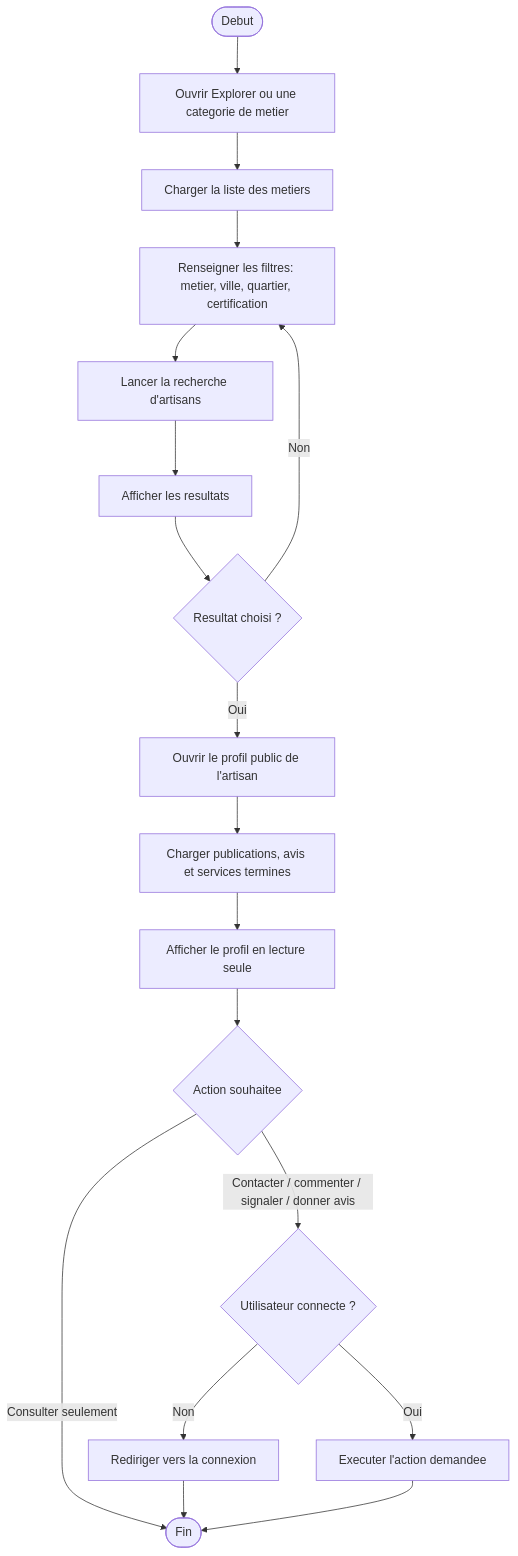
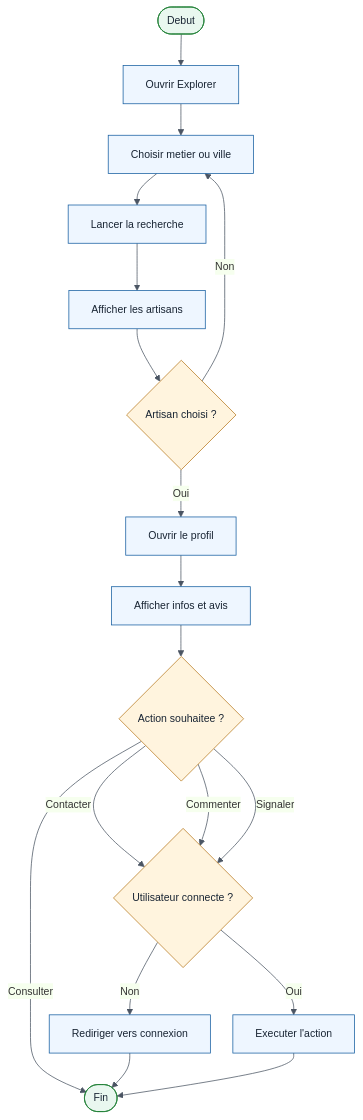
The fourth of 12 diagrams in UML/diagrammes-activites.md (Exauce13/fya-front-end), drawn with Mermaid before and after one commit. The commit also changed other lines of this file and 104 other files, not shown here.

````diff
--- a/UML/diagrammes-activites.md
+++ b/UML/diagrammes-activites.md
@@ -104,22 +134,31 @@
 ```mermaid
+%%{init: {"theme": "base", "themeVariables": {"fontFamily": "Arial", "fontSize": "14px", "primaryColor": "#EEF6FF", "primaryBorderColor": "#145DA0", "lineColor": "#4B5563", "textColor": "#182433"}, "flowchart": {"curve": "basis", "nodeSpacing": 30, "rankSpacing": 42}}}%%
 flowchart TD
-    A([Debut]) --> B[Ouvrir Explorer ou une categorie de metier]
-    B --> C[Charger la liste des metiers]
-    C --> D[Renseigner les filtres: metier, ville, quartier, certification]
-    D --> E[Lancer la recherche d'artisans]
-    E --> F[Afficher les resultats]
-    F --> G{Resultat choisi ?}
-    G -- Non --> D
-    G -- Oui --> H[Ouvrir le profil public de l'artisan]
+    A([Debut]) --> B[Ouvrir Explorer]
+    B --> C[Choisir metier ou ville]
+    C --> D[Lancer la recherche]
+    D --> E[Afficher les artisans]
+    E --> F{Artisan choisi ?}
 
-    H --> I[Charger publications, avis et services termines]
-    I --> J[Afficher le profil en lecture seule]
-    J --> K{Action souhaitee}
-    K -- Consulter seulement --> Z([Fin])
-    K -- Contacter / commenter / signaler / donner avis --> L{Utilisateur connecte ?}
+    F -- Non --> C
+    F -- Oui --> G[Ouvrir le profil]
+    G --> H[Afficher infos et avis]
+    H --> I{Action souhaitee ?}
 
-    L -- Non --> M[Rediriger vers la connexion]
-    L -- Oui --> N[Executer l'action demandee]
-    M --> Z
-    N --> Z
+    I -- Consulter --> Z([Fin])
+    I -- Contacter --> J{Utilisateur connecte ?}
+    I -- Commenter --> J
+    I -- Signaler --> J
+
+    J -- Non --> K[Rediriger vers connexion]
+    J -- Oui --> L[Executer l'action]
+    K --> Z
+    L --> Z
+
+    classDef start fill:#E9F7EF,stroke:#1E7E34,color:#182433,font-size:14px
+    classDef action fill:#EEF6FF,stroke:#145DA0,color:#182433,font-size:14px
+    classDef decision fill:#FFF4DE,stroke:#B7791F,color:#182433,font-size:14px
+    class A,Z start
+    class B,C,D,E,G,H,K,L action
+    class F,I,J decision
 ```
````
